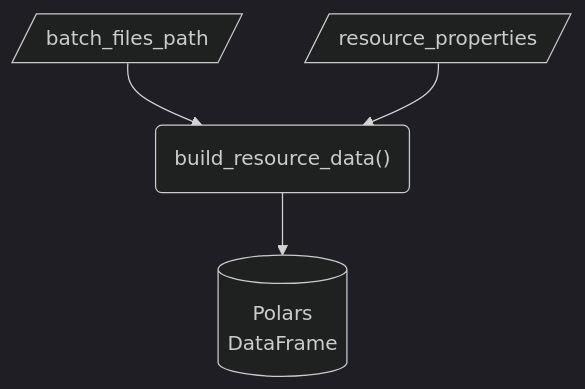
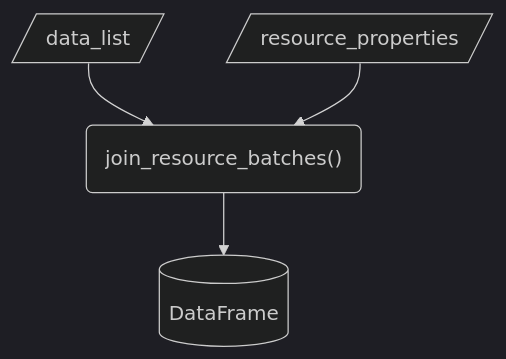
One commit to signekb/seedcase-sprout changed the seventh of 16 diagrams in docs/design/interface/functions.qmd. Above: the diagram before and after it, drawn with Mermaid (dark theme). The commit also changed other lines of this file and 1 other file, not shown here.

First line of the commit message:
docs: :building_construction: update resource interface design from flow (#1166)

````diff
--- a/docs/design/interface/functions.qmd
+++ b/docs/design/interface/functions.qmd
@@ -155,10 +160,10 @@
 ```{mermaid}
 flowchart
-    in_batch_files_path[/batch_files_path/]
+    in_data[/data_list/]
     in_properties[/resource_properties/]
-    function("build_resource_data()")
-    out[("Polars<br>DataFrame")]
-    in_batch_files_path --> function
+    function("join_resource_batches()")
+    out[("DataFrame")]
+    in_data --> function
     in_properties --> function
     function --> out
 ```
````
